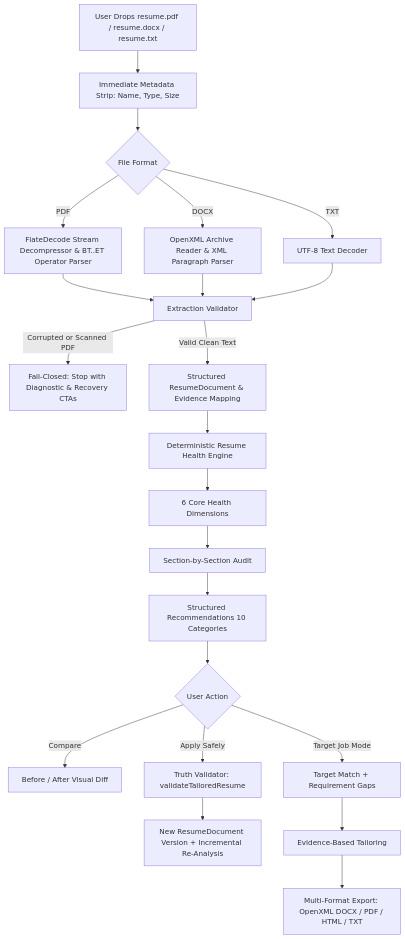
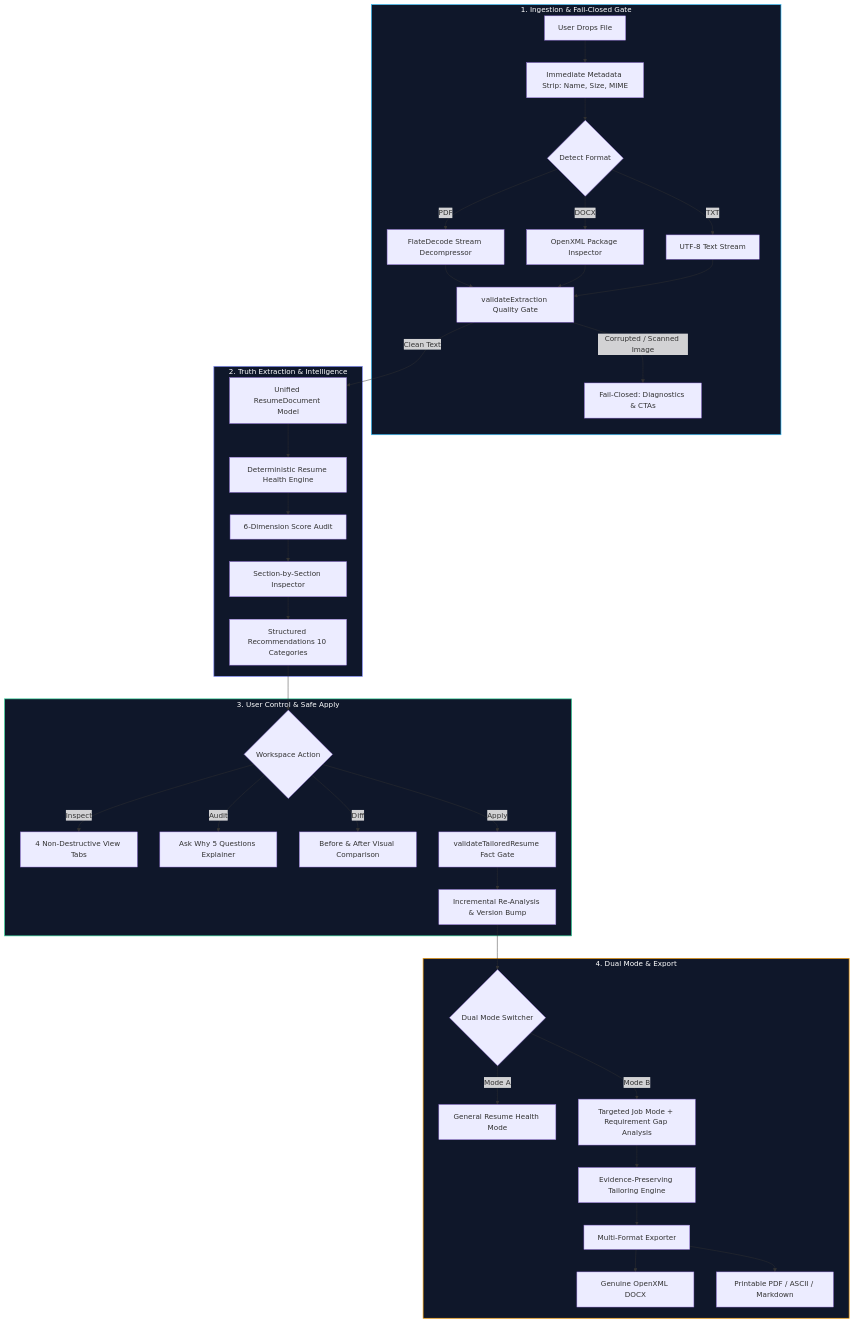
Before and after one commit to kamanasis/Resumix: the diagram in README.md, drawn with Mermaid. The commit also changed other lines of this file, not shown here.

Commit message:
docs: elevate README to enterprise-grade presentation with badges, diagrams, and visual tables

````diff
--- a/README.md
+++ b/README.md
@@ -65,24 +94,46 @@
 ```mermaid
 flowchart TD
-    A[User Drops resume.pdf / resume.docx / resume.txt] --> B[Immediate Metadata Strip: Name, Type, Size]
-    B --> C{File Format}
-    C -->|PDF| D[FlateDecode Stream Decompressor & BT..ET Operator Parser]
-    C -->|DOCX| E[OpenXML Archive Reader & XML Paragraph Parser]
-    C -->|TXT| F[UTF-8 Text Decoder]
-    D --> G[Extraction Validator]
-    E --> G
-    F --> G
-    G -->|Corrupted or Scanned PDF| H[Fail-Closed: Stop with Diagnostic & Recovery CTAs]
-    G -->|Valid Clean Text| I[Structured ResumeDocument & Evidence Mapping]
-    I --> J[Deterministic Resume Health Engine]
-    J --> K[6 Core Health Dimensions]
-    K --> L[Section-by-Section Audit]
-    L --> M[Structured Recommendations 10 Categories]
-    M --> N{User Action}
-    N -->|Compare| O[Before / After Visual Diff]
-    N -->|Apply Safely| P[Truth Validator: validateTailoredResume]
-    P --> Q[New ResumeDocument Version + Incremental Re-Analysis]
-    N -->|Target Job Mode| R[Target Match + Requirement Gaps]
-    R --> S[Evidence-Based Tailoring]
-    S --> T[Multi-Format Export: OpenXML DOCX / PDF / HTML / TXT]
+    subgraph INGESTION ["1. Ingestion & Fail-Closed Gate"]
+        A[User Drops File] --> B[Immediate Metadata Strip: Name, Size, MIME]
+        B --> C{Detect Format}
+        C -->|PDF| D[FlateDecode Stream Decompressor]
+        C -->|DOCX| E[OpenXML Package Inspector]
+        C -->|TXT| F[UTF-8 Text Stream]
+        D --> G[validateExtraction Quality Gate]
+        E --> G
+        F --> G
+        G -->|Corrupted / Scanned Image| H[Fail-Closed: Diagnostics & CTAs]
+    end
+
+    subgraph ENGINE ["2. Truth Extraction & Intelligence"]
+        G -->|Clean Text| I[Unified ResumeDocument Model]
+        I --> J[Deterministic Resume Health Engine]
+        J --> K[6-Dimension Score Audit]
+        K --> L[Section-by-Section Inspector]
+        L --> M[Structured Recommendations 10 Categories]
+    end
+
+    subgraph WORKSPACE ["3. User Control & Safe Apply"]
+        M --> N{Workspace Action}
+        N -->|Inspect| O[4 Non-Destructive View Tabs]
+        N -->|Audit| P[Ask Why 5 Questions Explainer]
+        N -->|Diff| Q[Before & After Visual Comparison]
+        N -->|Apply| R[validateTailoredResume Fact Gate]
+        R --> S[Incremental Re-Analysis & Version Bump]
+    end
+
+    subgraph TAILORING ["4. Dual Mode & Export"]
+        S --> T{Dual Mode Switcher}
+        T -->|Mode A| U[General Resume Health Mode]
+        T -->|Mode B| V[Targeted Job Mode + Requirement Gap Analysis]
+        V --> W[Evidence-Preserving Tailoring Engine]
+        W --> X[Multi-Format Exporter]
+        X --> Y[Genuine OpenXML DOCX]
+        X --> Z[Printable PDF / ASCII / Markdown]
+    end
+
+    style INGESTION fill:#0f172a,stroke:#38bdf8,stroke-width:1.5px,color:#fff
+    style ENGINE fill:#0f172a,stroke:#818cf8,stroke-width:1.5px,color:#fff
+    style WORKSPACE fill:#0f172a,stroke:#34d399,stroke-width:1.5px,color:#fff
+    style TAILORING fill:#0f172a,stroke:#f59e0b,stroke-width:1.5px,color:#fff
 ```
````
